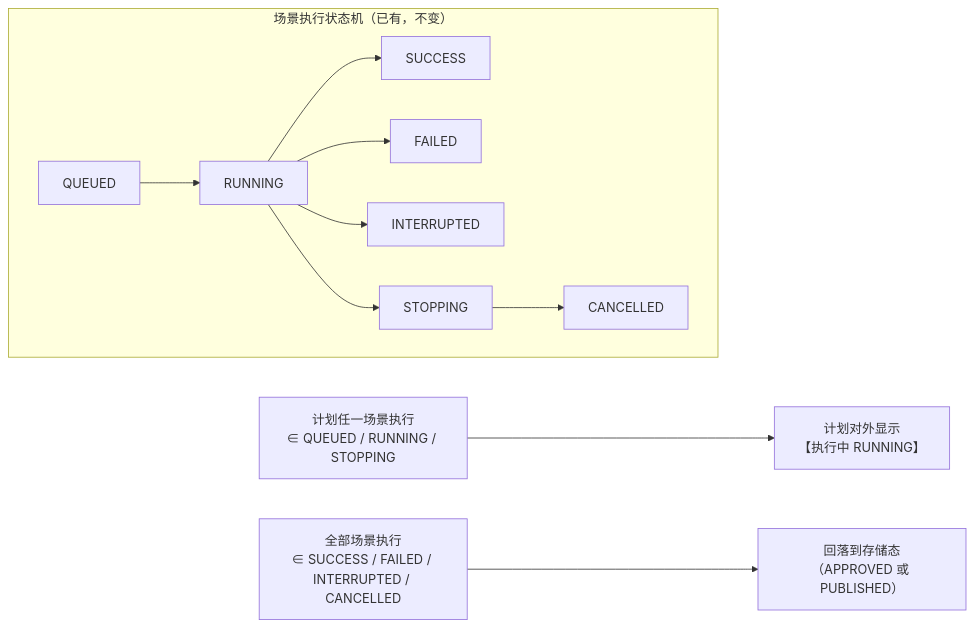
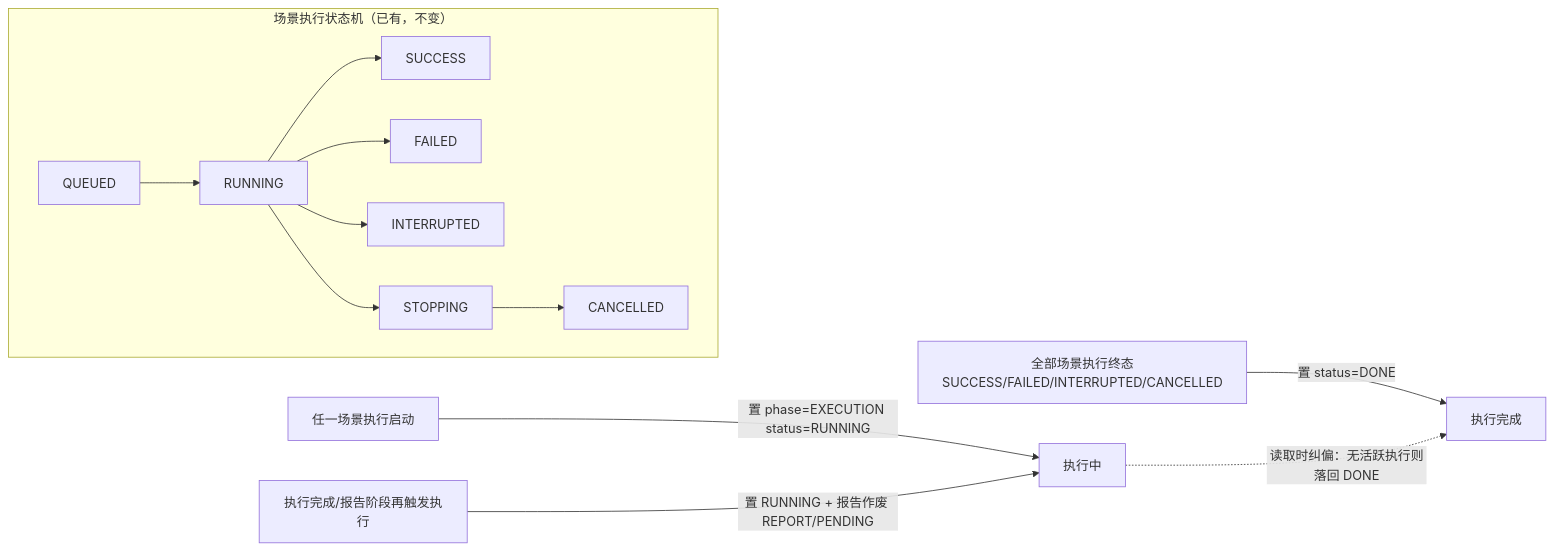
Before and after one commit to wangk123/performance-test-platform: the second of 2 diagrams in docs/superpowers/specs/2026-09-02-plan-document-module-design.md, drawn with Mermaid. The commit also changed other lines of this file and 1 other file, not shown here.

Commit message:
docs：P0-1 设计修订——二级状态模型（草稿/评审/执行/报告/发布）+ 结构化模块（测试目标/范围/资源/结论）+ 场景设计增强，同步重做效果图

````diff
--- a/docs/superpowers/specs/2026-09-02-plan-document-module-design.md
+++ b/docs/superpowers/specs/2026-09-02-plan-document-module-design.md
@@ -125,13 +163,15 @@
 ```mermaid
 flowchart LR
     subgraph EXEC["场景执行状态机（已有，不变）"]
         direction LR
         Q[QUEUED] --> R[RUNNING]
         R --> SU[SUCCESS]
         R --> FA[FAILED]
         R --> IN[INTERRUPTED]
         R --> ST[STOPPING] --> CA[CANCELLED]
     end
-    ACT["计划任一场景执行<br/>∈ QUEUED / RUNNING / STOPPING"] --> PR["计划对外显示<br/>【执行中 RUNNING】"]
-    DONE["全部场景执行<br/>∈ SUCCESS / FAILED / INTERRUPTED / CANCELLED"] --> FALLBACK["回落到存储态<br/>（APPROVED 或 PUBLISHED）"]
+    START["任一场景执行启动"] -->|"置 phase=EXECUTION status=RUNNING"| ER[执行中]
+    END["全部场景执行终态<br/>SUCCESS/FAILED/INTERRUPTED/CANCELLED"] -->|"置 status=DONE"| ED[执行完成]
+    ER -. 读取时纠偏：无活跃执行则落回 DONE .-> ED
+    NEWRUN["执行完成/报告阶段再触发执行"] -->|"置 RUNNING + 报告作废 REPORT/PENDING"| ER
 ```
````
